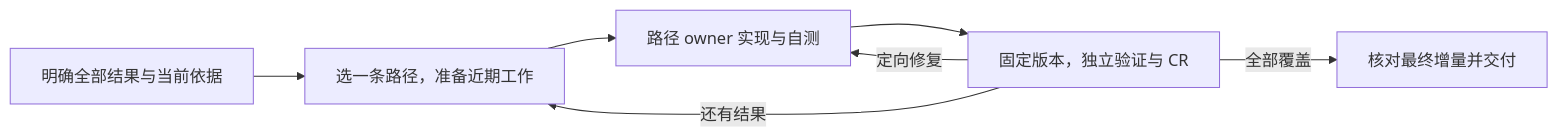
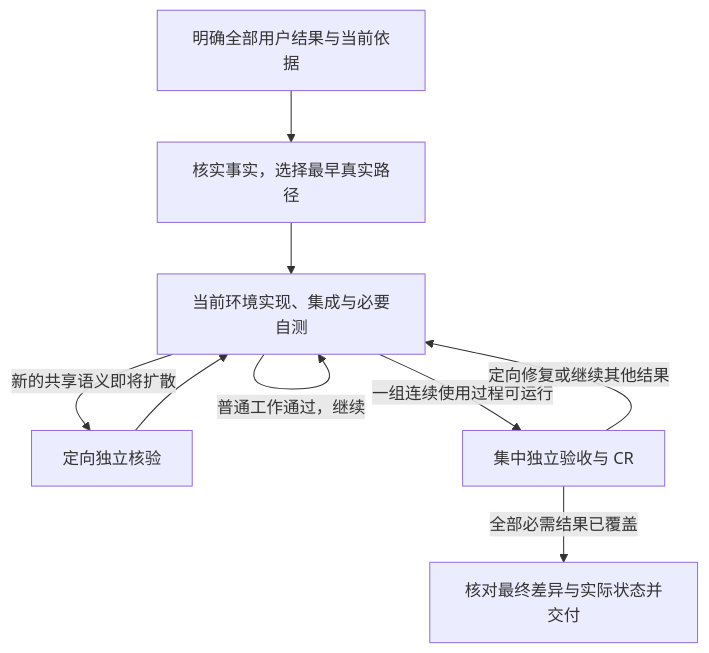
One commit to ZHXHONG919/ai-coding-playbook changed the diagram in references/delivery/agent-delivery-flow.md. Above: the diagram before and after it, drawn with Mermaid. The commit also changed other lines of this file and 49 other files, not shown here.

````diff
--- a/references/delivery/agent-delivery-flow.md
+++ b/references/delivery/agent-delivery-flow.md
@@ -11,9 +7,11 @@
 ```mermaid
-flowchart LR
-  A[明确全部结果与当前依据] --> B[选一条路径，准备近期工作]
-  B --> C[路径 owner 实现与自测]
-  C --> D[固定版本，独立验证与 CR]
-  D -->|定向修复| C
-  D -->|还有结果| B
-  D -->|全部覆盖| E[核对最终增量并交付]
+flowchart TD
+  A[明确全部用户结果与当前依据] --> B[核实事实，选择最早真实路径]
+  B --> C[当前环境实现、集成与必要自测]
+  C -->|普通工作通过，继续| C
+  C -->|新的共享语义即将扩散| D[定向独立核验]
+  D --> C
+  C -->|一组连续使用过程可运行| E[集中独立验收与 CR]
+  E -->|定向修复或继续其他结果| C
+  E -->|全部必需结果已覆盖| F[核对最终差异与实际状态并交付]
 ```
````
